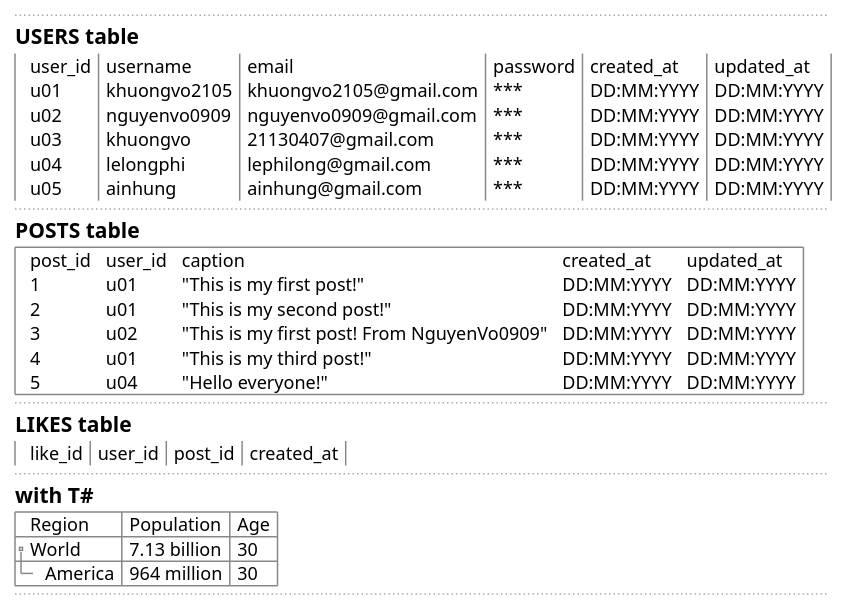
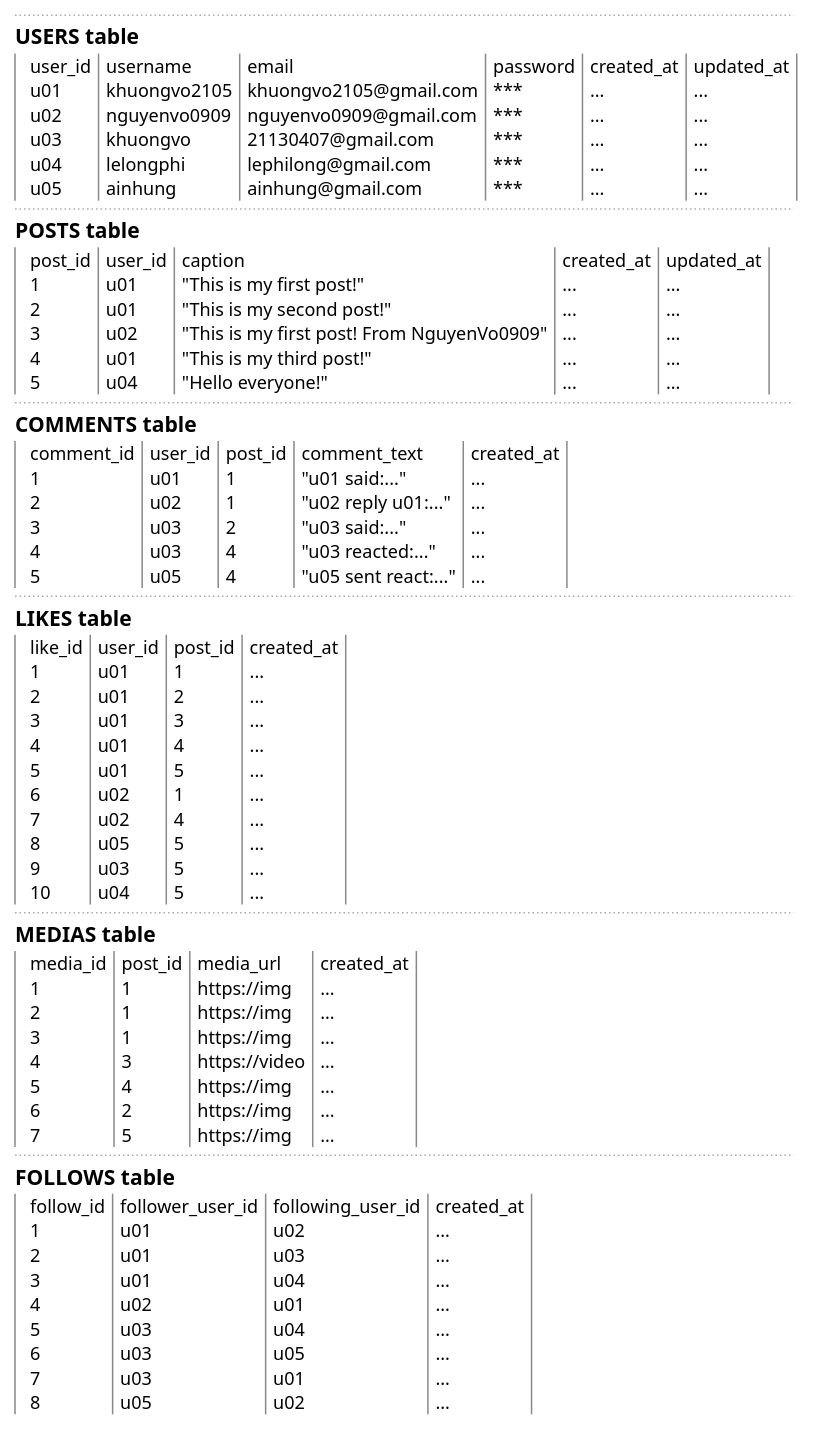
The diagram in Prototypes/data_e.g.plantuml (KhuongVo2105/Chat_Application), drawn with PlantUML before and after one commit.

Commit message:
create data example

```diff
--- a/Prototypes/data_e.g.plantuml
+++ b/Prototypes/data_e.g.plantuml
@@ -1,37 +1,75 @@
 @startsalt
 {
-..
-== USERS table
-{T!
-+ user_id | username | email | password | created_at | updated_at
-+ u01 | khuongvo2105 | khuongvo2105@gmail.com | *** | DD:MM:YYYY | DD:MM:YYYY
-+ u02 | nguyenvo0909 | nguyenvo0909@gmail.com | *** | DD:MM:YYYY | DD:MM:YYYY
-+ u03 | khuongvo | 21130407@gmail.com | *** | DD:MM:YYYY | DD:MM:YYYY
-+ u04 | lelongphi | lephilong@gmail.com | *** | DD:MM:YYYY | DD:MM:YYYY
-+ u05 | ainhung | ainhung@gmail.com | *** | DD:MM:YYYY | DD:MM:YYYY
-}
-..
-== POSTS table
-{T+
-+ post_id | user_id | caption | created_at | updated_at
-+ 1 | u01 | "This is my first post!" | DD:MM:YYYY | DD:MM:YYYY
-+ 2 | u01 | "This is my second post!" | DD:MM:YYYY | DD:MM:YYYY
-+ 3 | u02 | "This is my first post! From NguyenVo0909" | DD:MM:YYYY | DD:MM:YYYY
-+ 4 | u01 | "This is my third post!" | DD:MM:YYYY | DD:MM:YYYY
-+ 5 | u04 | "Hello everyone!" | DD:MM:YYYY | DD:MM:YYYY
-}
-..
-== LIKES table
-{T!
-+ like_id | user_id | post_id | created_at
-}
-..
-== with T#
-{T#
-+Region | Population | Age
-+ World | 7.13 billion | 30
-++ America | 964 million | 30
-}
-..
+    ..
+    == USERS table
+    {T!
+        + user_id | username | email | password | created_at | updated_at
+        + u01 | khuongvo2105 | khuongvo2105@gmail.com | *** | ... | ...
+        + u02 | nguyenvo0909 | nguyenvo0909@gmail.com | *** | ... | ...
+        + u03 | khuongvo | 21130407@gmail.com | *** | ... | ...
+        + u04 | lelongphi | lephilong@gmail.com | *** | ... | ...
+        + u05 | ainhung | ainhung@gmail.com | *** | ... | ...
+    }
+    ..
+    == POSTS table
+    {T!
+        + post_id | user_id | caption | created_at | updated_at
+        + 1 | u01 | "This is my first post!" | ... | ...
+        + 2 | u01 | "This is my second post!" | ... | ...
+        + 3 | u02 | "This is my first post! From NguyenVo0909" | ... | ...
+        + 4 | u01 | "This is my third post!" | ... | ...
+        + 5 | u04 | "Hello everyone!" | ... | ...
+    }
+    ..
+    == COMMENTS table
+    {T!
+        + comment_id | user_id | post_id | comment_text | created_at
+        + 1 | u01 | 1 | "u01 said:..." | ...
+        + 2 | u02 | 1 | "u02 reply u01:..." | ...
+        + 3 | u03 | 2 | "u03 said:..." | ...
+        + 4 | u03 | 4 | "u03 reacted:..." | ...
+        + 5 | u05 | 4 | "u05 sent react:..." | ...
+    }
+
+    ..
+    == LIKES table
+    {T!
+        + like_id | user_id | post_id | created_at
+        + 1 | u01 | 1 | ...
+        + 2 | u01 | 2 | ...
+        + 3 | u01 | 3 | ...
+        + 4 | u01 | 4 | ...
+        + 5 | u01 | 5 | ...
+        + 6 | u02 | 1 | ...
+        + 7 | u02 | 4 | ...
+        + 8 | u05 | 5 | ...
+        + 9 | u03 | 5 | ...
+        + 10 | u04 | 5 | ...
+    }
+    ..
+    == MEDIAS table
+    {T!
+        + media_id | post_id | media_url | created_at
+        + 1 | 1 | https://img | ...
+        + 2 | 1 | https://img | ...
+        + 3 | 1 | https://img | ...
+        + 4 | 3 | https://video | ...
+        + 5 | 4 | https://img | ...
+        + 6 | 2 | https://img | ...
+        + 7 | 5 | https://img | ...
+    }
+    ..
+    == FOLLOWS table
+   {T!
+        + follow_id | follower_user_id | following_user_id | created_at
+        + 1 | u01 | u02 | ...
+        + 2 | u01 | u03 | ...
+        + 3 | u01 | u04 | ...
+        + 4 | u02 | u01 | ...
+        + 5 | u03 | u04 | ...
+        + 6 | u03 | u05 | ...
+        + 7 | u03 | u01 | ...
+        + 8 | u05 | u02 | ...
+   } 
 }
 @endsalt
```
